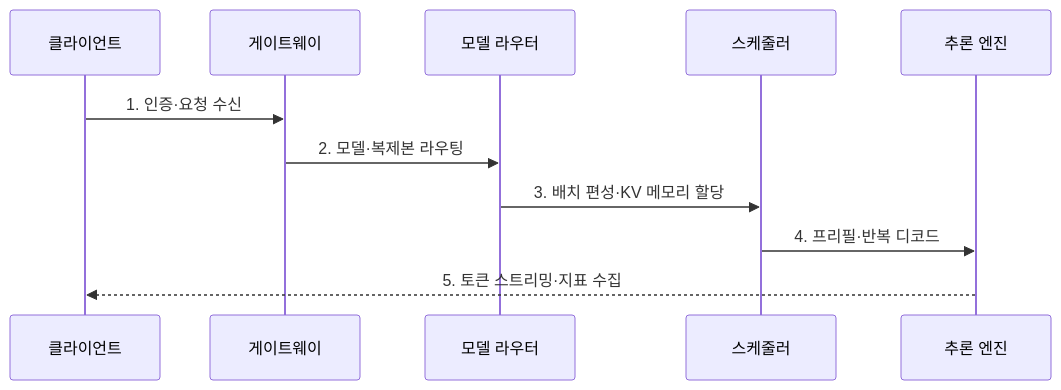
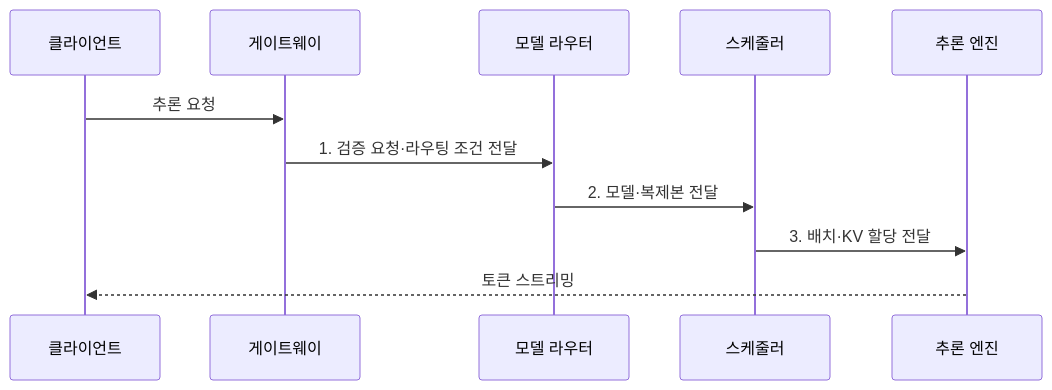
Before and after one commit to agnusdei1207/knowledge-base: the second of 2 diagrams in src/content/docs/notes/08-latest-tech/048_llm_serving.md, drawn with Mermaid. The commit also changed other lines of this file and 225 other files, not shown here.

````diff
--- a/src/content/docs/notes/08-latest-tech/048_llm_serving.md
+++ b/src/content/docs/notes/08-latest-tech/048_llm_serving.md
@@ -82,13 +82,13 @@
 ```mermaid
 sequenceDiagram
     participant C as 클라이언트
     participant G as 게이트웨이
     participant R as 모델 라우터
     participant S as 스케줄러
     participant E as 추론 엔진
-    C->>G: 1. 인증·요청 수신
-    G->>R: 2. 모델·복제본 라우팅
-    R->>S: 3. 배치 편성·KV 메모리 할당
-    S->>E: 4. 프리필·반복 디코드
-    E-->>C: 5. 토큰 스트리밍·지표 수집
+    C->>G: 추론 요청
+    G->>R: 1. 검증 요청·라우팅 조건 전달
+    R->>S: 2. 모델·복제본 전달
+    S->>E: 3. 배치·KV 할당 전달
+    E-->>C: 토큰 스트리밍
 ```
````
